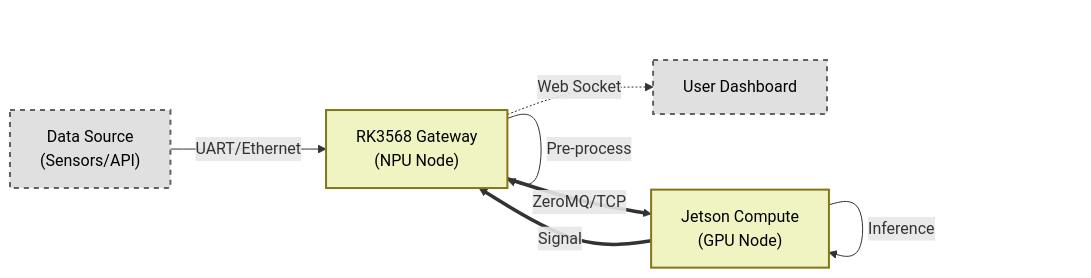
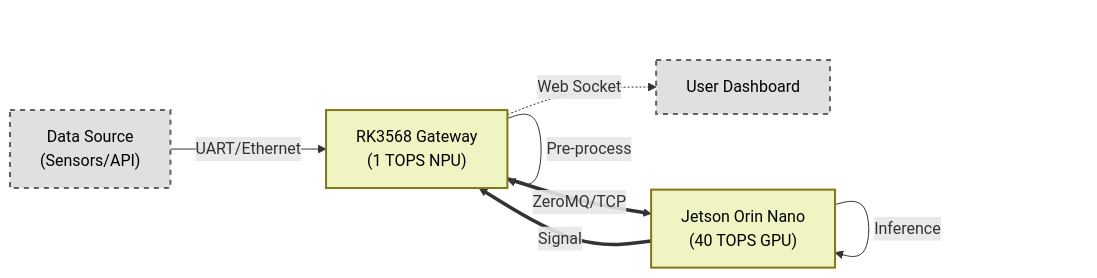
Before and after one commit to WNPPP0114/HEQIS: the second of 2 diagrams in README.md, drawn with Mermaid. The commit also changed other lines of this file, not shown here.

````diff
--- a/README.md
+++ b/README.md
@@ -99,18 +99,18 @@
 ```mermaid
 graph LR
     %% 节点样式定义
     classDef dev fill:#f0f4c3,stroke:#827717,stroke-width:2px,color:#000;
     classDef ext fill:#e0e0e0,stroke:#616161,stroke-width:2px,stroke-dasharray: 5 5,color:#000;
 
     A["Data Source<br/>(Sensors/API)"]:::ext
-    B["RK3568 Gateway<br/>(NPU Node)"]:::dev
-    C["Jetson Compute<br/>(GPU Node)"]:::dev
+    B["RK3568 Gateway<br/>(1 TOPS NPU)"]:::dev
+    C["Jetson Orin Nano<br/>(40 TOPS GPU)"]:::dev
     D["User Dashboard"]:::ext
 
     A -->|UART/Ethernet| B
     B -->|Pre-process| B
     B ==>|ZeroMQ/TCP| C
     C -->|Inference| C
     C ==>|Signal| B
     B -.->|Web Socket| D
 ```
````
